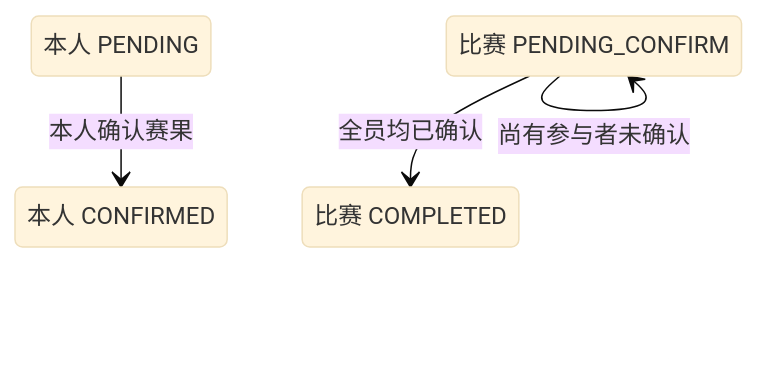
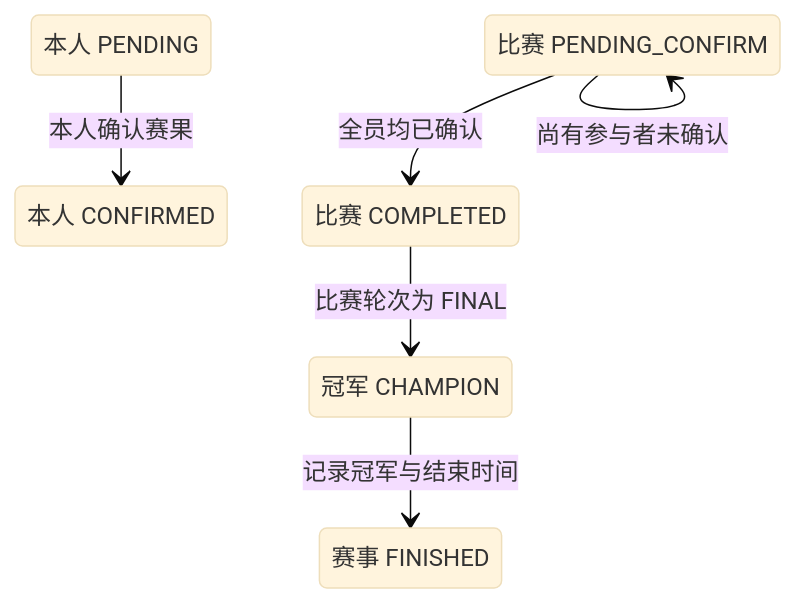
The diagram in blueprint/product/tournament/result-confirm.md (chxt100016/Rally), drawn with Mermaid (base theme) before and after one commit. The commit also changed other lines of this file and 170 other files, not shown here.

````diff
--- a/blueprint/product/tournament/result-confirm.md
+++ b/blueprint/product/tournament/result-confirm.md
@@ -65,11 +68,15 @@
 ```mermaid
 stateDiagram-v2
     state "比赛 PENDING_CONFIRM" as MATCH_PENDING
     state "本人 PENDING" as SELF_PENDING
     state "本人 CONFIRMED" as SELF_CONFIRMED
     state "比赛 COMPLETED" as MATCH_COMPLETED
+    state "冠军 CHAMPION" as ENTRY_CHAMPION
+    state "赛事 FINISHED" as TOURNAMENT_FINISHED
 
     SELF_PENDING --> SELF_CONFIRMED : 本人确认赛果
     MATCH_PENDING --> MATCH_PENDING : 尚有参与者未确认
     MATCH_PENDING --> MATCH_COMPLETED : 全员均已确认
+    MATCH_COMPLETED --> ENTRY_CHAMPION : 比赛轮次为 FINAL
+    ENTRY_CHAMPION --> TOURNAMENT_FINISHED : 记录冠军与结束时间
 ```
````
